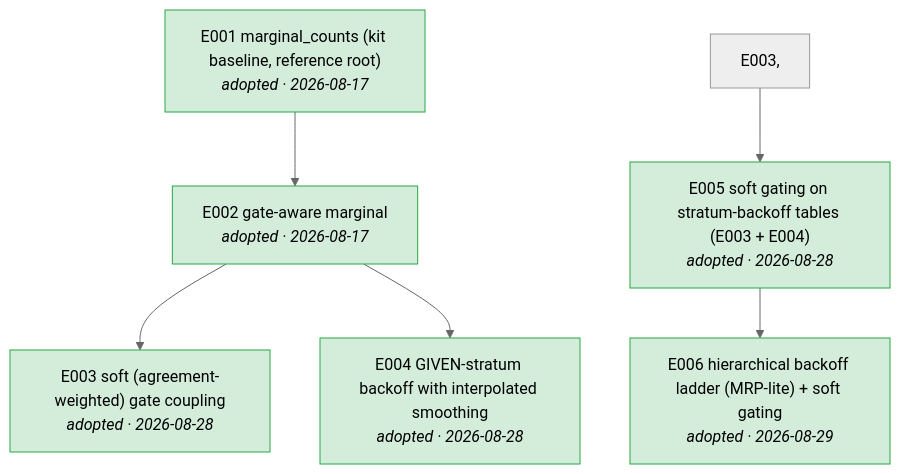
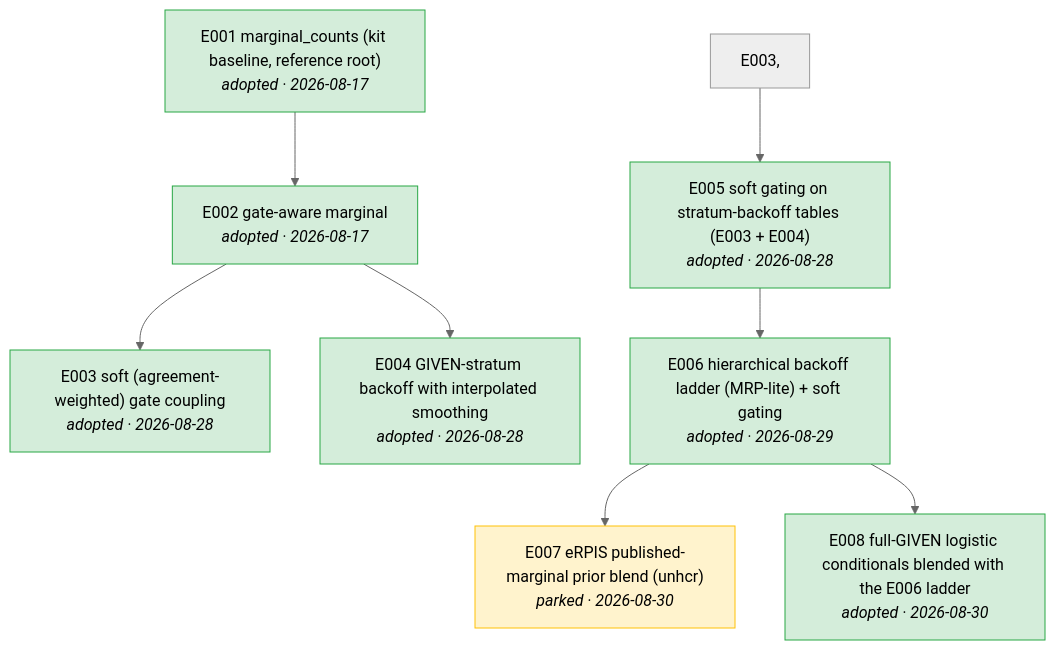
The diagram in docs/tree.md (joon56/Simulacrabench-NeurIPS-2026-), drawn with Mermaid (neutral theme) before and after one commit. The commit also changed 7 other files, not shown here.

First line of the commit message:
E007: parked on quantitative pre-check; E008: full-GIVEN logistic blend, submission #4

````diff
--- a/docs/tree.md
+++ b/docs/tree.md
@@ -5,16 +5,22 @@
 ```mermaid
 flowchart TD
     E001["E001 marginal_counts (kit baseline, reference root)<br/><i>adopted · 2026-08-17</i>"]
     E002["E002 gate-aware marginal<br/><i>adopted · 2026-08-17</i>"]
     E001 --> E002
     E003["E003 soft (agreement-weighted) gate coupling<br/><i>adopted · 2026-08-28</i>"]
     E002 --> E003
     E004["E004 GIVEN-stratum backoff with interpolated smoothing<br/><i>adopted · 2026-08-28</i>"]
     E002 --> E004
     E005["E005 soft gating on stratum-backoff tables (E003 + E004)<br/><i>adopted · 2026-08-28</i>"]
     E003, --> E005
     E006["E006 hierarchical backoff ladder (MRP-lite) + soft gating<br/><i>adopted · 2026-08-29</i>"]
     E005 --> E006
+    E007["E007 eRPIS published-marginal prior blend (unhcr)<br/><i>parked · 2026-08-30</i>"]
+    E006 --> E007
+    E008["E008 full-GIVEN logistic conditionals blended with the E006 ladder<br/><i>adopted · 2026-08-30</i>"]
+    E006 --> E008
     classDef adopted fill:#d4edda,stroke:#28a745
-    class E001,E002,E003,E004,E005,E006 adopted
+    class E001,E002,E003,E004,E005,E006,E008 adopted
+    classDef parked fill:#fff3cd,stroke:#ffc107
+    class E007 parked
 ```
````
